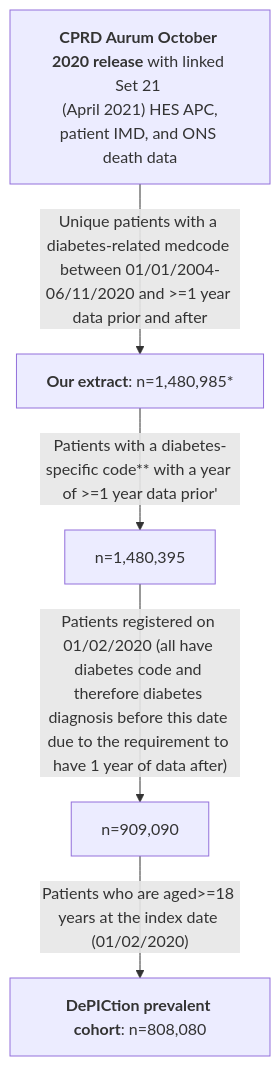
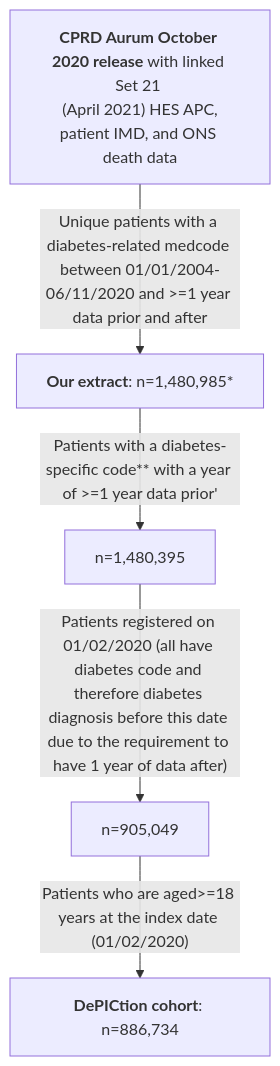
The diagram in README.md (Exeter-Diabetes/CPRD-Katie-DePICtion-Scripts), drawn with Mermaid before and after one commit.

````diff
--- a/README.md
+++ b/README.md
@@ -9,7 +9,7 @@
 ```mermaid
 graph TD;
     A["<b>CPRD Aurum October 2020 release</b> with linked Set 21 <br> (April 2021) HES APC, patient IMD, and ONS death data"] --> |"Unique patients with a diabetes-related medcode between 01/01/2004-06/11/2020 and >=1 year data prior and after"| B["<b>Our extract</b>: n=1,480,985*"]
     B -->|"Patients with a diabetes-specific code** with a year of >=1 year data prior'"|C["n=1,480,395"]
-    C -->|"Patients registered on 01/02/2020 (all have diabetes code and therefore diabetes diagnosis before this date due to the requirement to have 1 year of data after)"|D["n=909,090"]
-    D -->|"Patients who are aged>=18 years at the index date (01/02/2020)"|E["<b>DePICtion prevalent cohort</b>: n=808,080"]
+    C -->|"Patients registered on 01/02/2020 (all have diabetes code and therefore diabetes diagnosis before this date due to the requirement to have 1 year of data after)"|D["n=905,049"]
+    D -->|"Patients who are aged>=18 years at the index date (01/02/2020)"|E["<b>DePICtion cohort</b>: n=886,734"]
 ```
````
